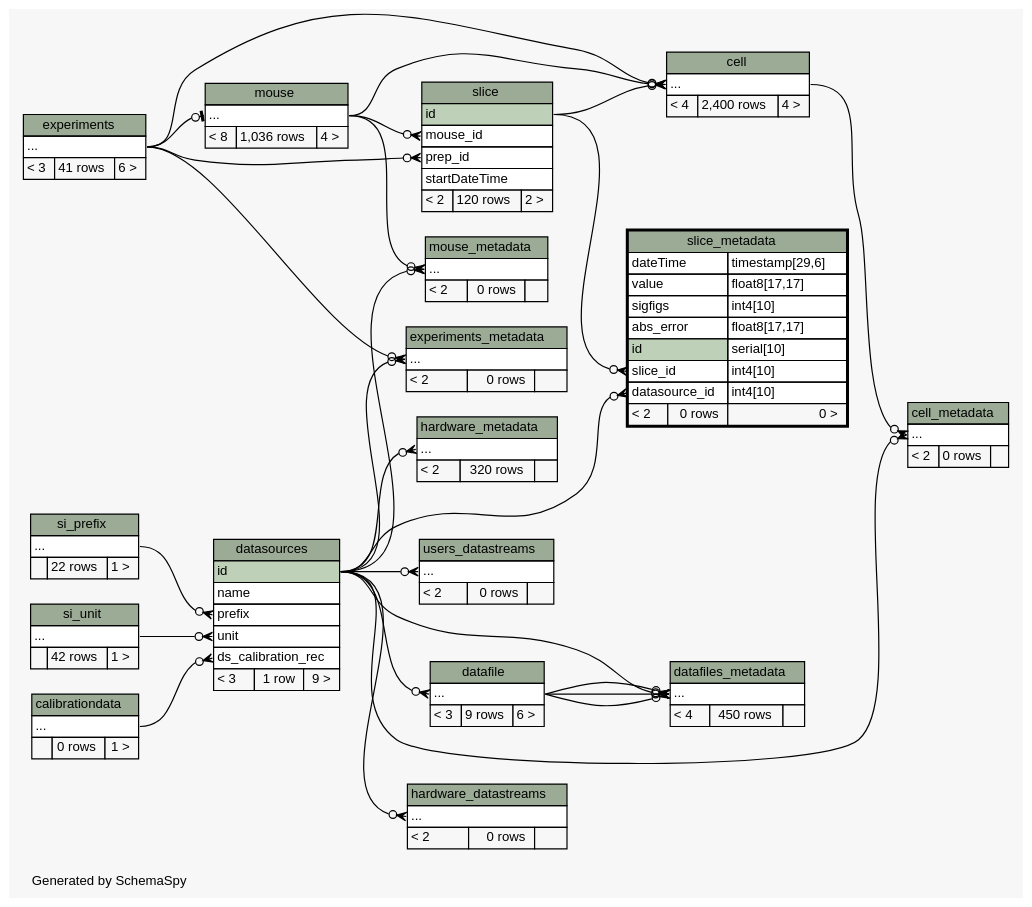
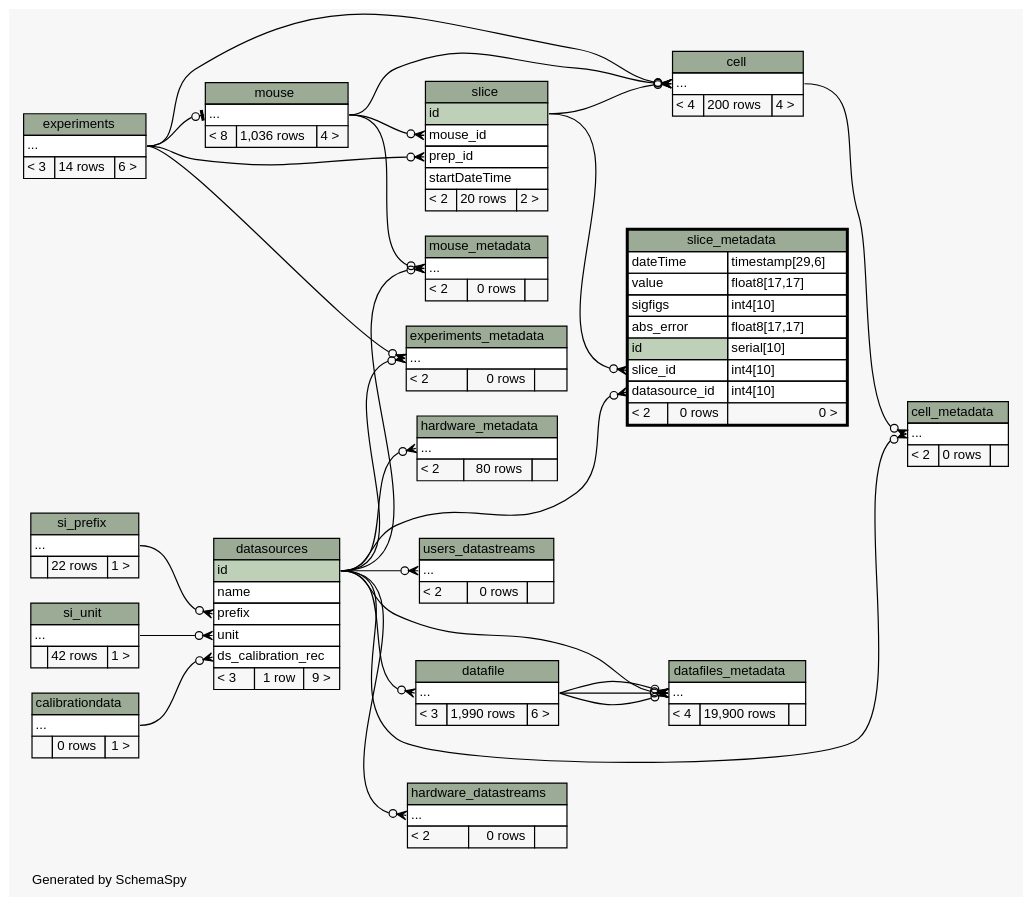
The diagram in database/ss/diagrams/slice_metadata.2degrees.dot (tgbugs/mlab), drawn with Graphviz before and after one commit. The commit also changed 221 other files, not shown here.

```diff
--- a/database/ss/diagrams/slice_metadata.2degrees.dot
+++ b/database/ss/diagrams/slice_metadata.2degrees.dot
@@ -59,7 +59,7 @@
     <TABLE BORDER="0" CELLBORDER="1" CELLSPACING="0" BGCOLOR="#ffffff">
       <TR><TD COLSPAN="3" BGCOLOR="#9bab96" ALIGN="CENTER">cell</TD></TR>
       <TR><TD PORT="elipses" COLSPAN="3" ALIGN="LEFT">...</TD></TR>
-      <TR><TD ALIGN="LEFT" BGCOLOR="#f7f7f7">&lt; 4</TD><TD ALIGN="RIGHT" BGCOLOR="#f7f7f7">2,400 rows</TD><TD ALIGN="RIGHT" BGCOLOR="#f7f7f7">4 &gt;</TD></TR>
+      <TR><TD ALIGN="LEFT" BGCOLOR="#f7f7f7">&lt; 4</TD><TD ALIGN="RIGHT" BGCOLOR="#f7f7f7">200 rows</TD><TD ALIGN="RIGHT" BGCOLOR="#f7f7f7">4 &gt;</TD></TR>
     </TABLE>>
     URL="cell.html"
     tooltip="cell"
@@ -79,7 +79,7 @@
     <TABLE BORDER="0" CELLBORDER="1" CELLSPACING="0" BGCOLOR="#ffffff">
       <TR><TD COLSPAN="3" BGCOLOR="#9bab96" ALIGN="CENTER">datafile</TD></TR>
       <TR><TD PORT="elipses" COLSPAN="3" ALIGN="LEFT">...</TD></TR>
-      <TR><TD ALIGN="LEFT" BGCOLOR="#f7f7f7">&lt; 3</TD><TD ALIGN="RIGHT" BGCOLOR="#f7f7f7">9 rows</TD><TD ALIGN="RIGHT" BGCOLOR="#f7f7f7">6 &gt;</TD></TR>
+      <TR><TD ALIGN="LEFT" BGCOLOR="#f7f7f7">&lt; 3</TD><TD ALIGN="RIGHT" BGCOLOR="#f7f7f7">1,990 rows</TD><TD ALIGN="RIGHT" BGCOLOR="#f7f7f7">6 &gt;</TD></TR>
     </TABLE>>
     URL="datafile.html"
     tooltip="datafile"
@@ -89,7 +89,7 @@
     <TABLE BORDER="0" CELLBORDER="1" CELLSPACING="0" BGCOLOR="#ffffff">
       <TR><TD COLSPAN="3" BGCOLOR="#9bab96" ALIGN="CENTER">datafiles_metadata</TD></TR>
       <TR><TD PORT="elipses" COLSPAN="3" ALIGN="LEFT">...</TD></TR>
-      <TR><TD ALIGN="LEFT" BGCOLOR="#f7f7f7">&lt; 4</TD><TD ALIGN="RIGHT" BGCOLOR="#f7f7f7">450 rows</TD><TD ALIGN="RIGHT" BGCOLOR="#f7f7f7">  </TD></TR>
+      <TR><TD ALIGN="LEFT" BGCOLOR="#f7f7f7">&lt; 4</TD><TD ALIGN="RIGHT" BGCOLOR="#f7f7f7">19,900 rows</TD><TD ALIGN="RIGHT" BGCOLOR="#f7f7f7">  </TD></TR>
     </TABLE>>
     URL="datafiles_metadata.html"
     tooltip="datafiles_metadata"
@@ -113,7 +113,7 @@
     <TABLE BORDER="0" CELLBORDER="1" CELLSPACING="0" BGCOLOR="#ffffff">
       <TR><TD COLSPAN="3" BGCOLOR="#9bab96" ALIGN="CENTER">experiments</TD></TR>
       <TR><TD PORT="elipses" COLSPAN="3" ALIGN="LEFT">...</TD></TR>
-      <TR><TD ALIGN="LEFT" BGCOLOR="#f7f7f7">&lt; 3</TD><TD ALIGN="RIGHT" BGCOLOR="#f7f7f7">41 rows</TD><TD ALIGN="RIGHT" BGCOLOR="#f7f7f7">6 &gt;</TD></TR>
+      <TR><TD ALIGN="LEFT" BGCOLOR="#f7f7f7">&lt; 3</TD><TD ALIGN="RIGHT" BGCOLOR="#f7f7f7">14 rows</TD><TD ALIGN="RIGHT" BGCOLOR="#f7f7f7">6 &gt;</TD></TR>
     </TABLE>>
     URL="experiments.html"
     tooltip="experiments"
@@ -143,7 +143,7 @@
     <TABLE BORDER="0" CELLBORDER="1" CELLSPACING="0" BGCOLOR="#ffffff">
       <TR><TD COLSPAN="3" BGCOLOR="#9bab96" ALIGN="CENTER">hardware_metadata</TD></TR>
       <TR><TD PORT="elipses" COLSPAN="3" ALIGN="LEFT">...</TD></TR>
-      <TR><TD ALIGN="LEFT" BGCOLOR="#f7f7f7">&lt; 2</TD><TD ALIGN="RIGHT" BGCOLOR="#f7f7f7">320 rows</TD><TD ALIGN="RIGHT" BGCOLOR="#f7f7f7">  </TD></TR>
+      <TR><TD ALIGN="LEFT" BGCOLOR="#f7f7f7">&lt; 2</TD><TD ALIGN="RIGHT" BGCOLOR="#f7f7f7">80 rows</TD><TD ALIGN="RIGHT" BGCOLOR="#f7f7f7">  </TD></TR>
     </TABLE>>
     URL="hardware_metadata.html"
     tooltip="hardware_metadata"
@@ -196,7 +196,7 @@
       <TR><TD PORT="mouse_id" COLSPAN="3" ALIGN="LEFT">mouse_id</TD></TR>
       <TR><TD PORT="prep_id" COLSPAN="3" ALIGN="LEFT">prep_id</TD></TR>
       <TR><TD PORT="startDateTime" COLSPAN="3" ALIGN="LEFT">startDateTime</TD></TR>
-      <TR><TD ALIGN="LEFT" BGCOLOR="#f7f7f7">&lt; 2</TD><TD ALIGN="RIGHT" BGCOLOR="#f7f7f7">120 rows</TD><TD ALIGN="RIGHT" BGCOLOR="#f7f7f7">2 &gt;</TD></TR>
+      <TR><TD ALIGN="LEFT" BGCOLOR="#f7f7f7">&lt; 2</TD><TD ALIGN="RIGHT" BGCOLOR="#f7f7f7">20 rows</TD><TD ALIGN="RIGHT" BGCOLOR="#f7f7f7">2 &gt;</TD></TR>
     </TABLE>>
     URL="slice.html"
     tooltip="slice"
```
